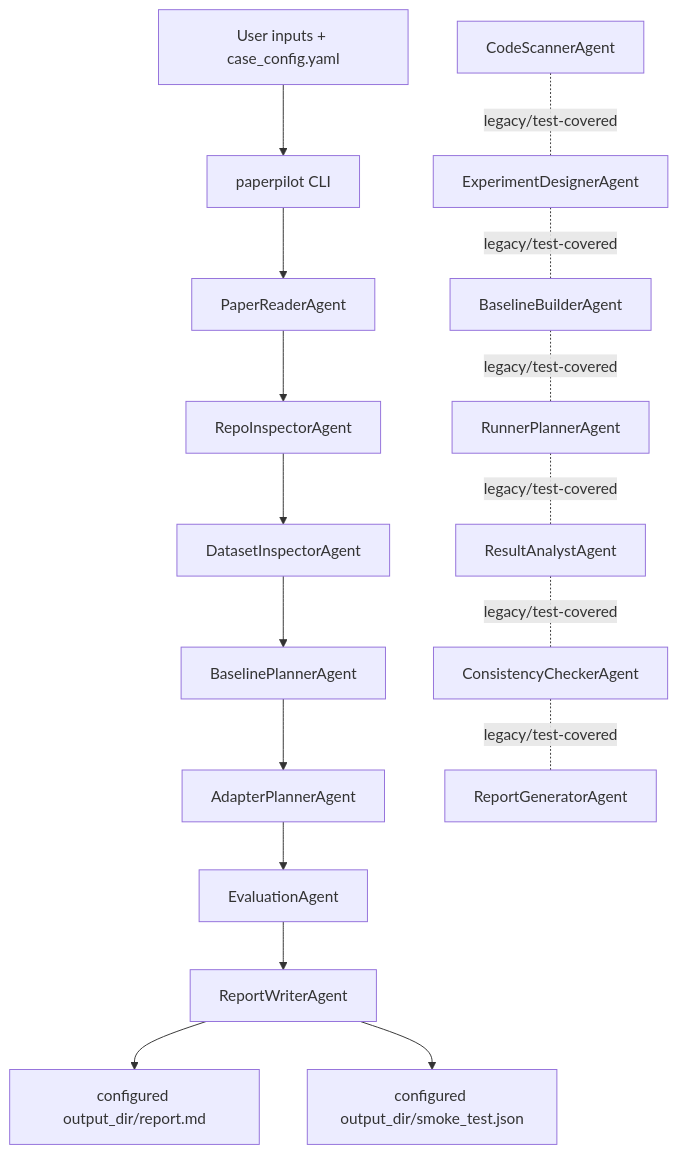
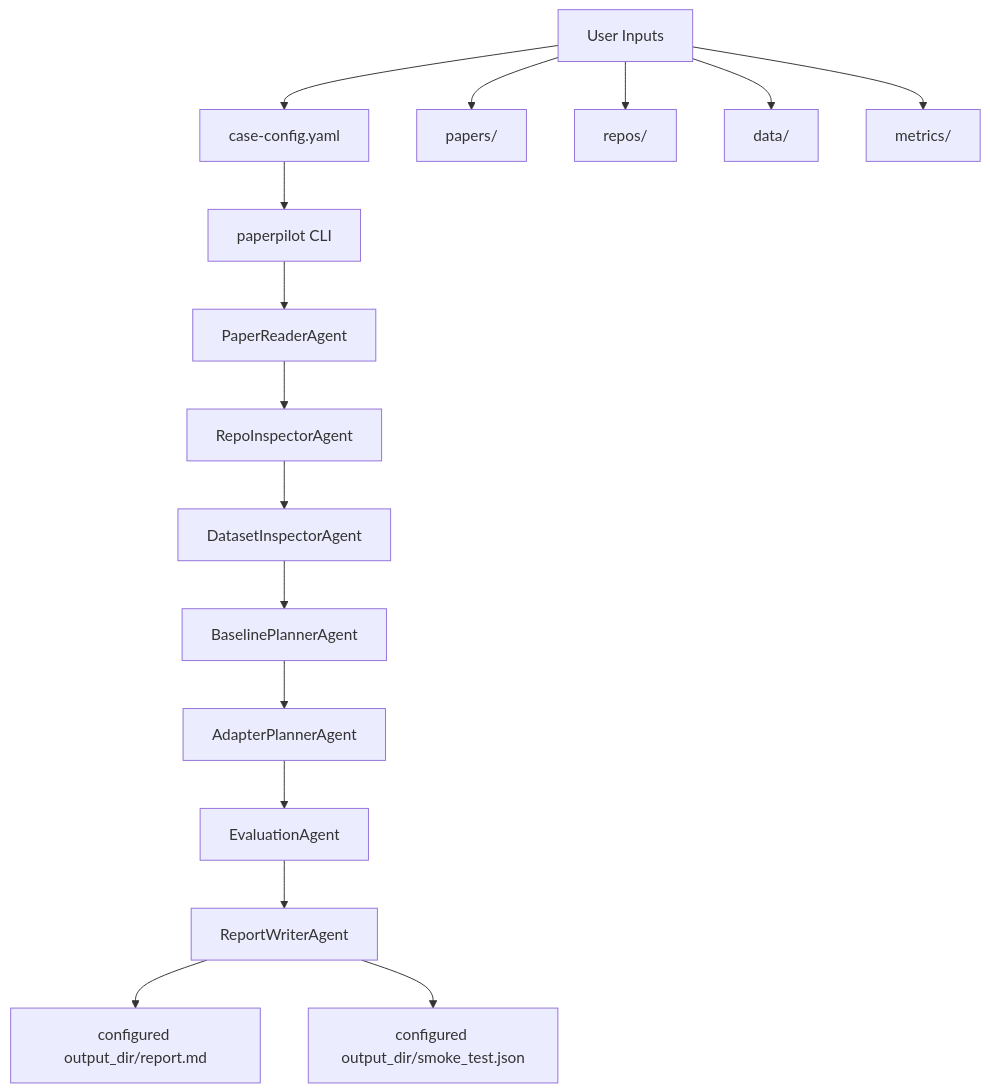
Before and after one commit to Dongxf0104/paperpilot-agent: the diagram in README.md, drawn with Mermaid. The commit also changed other lines of this file, not shown here.

Commit message:
docs: clarify default agent workflow

````diff
--- a/README.md
+++ b/README.md
@@ -23,28 +23,21 @@
 ```mermaid
 flowchart TD
-    U[User inputs + case_config.yaml] --> CLI[paperpilot CLI]
-    CLI --> PR[PaperReaderAgent]
-    PR --> RI[RepoInspectorAgent]
-    RI --> DI[DatasetInspectorAgent]
-    DI --> BP[BaselinePlannerAgent]
-    BP --> AP[AdapterPlannerAgent]
-    AP --> EV[EvaluationAgent]
-    EV --> RW[ReportWriterAgent]
-    RW --> REP[configured output_dir/report.md]
-    RW --> SMOKE[configured output_dir/smoke_test.json]
+    A[User Inputs] --> B[case-config.yaml]
+    A --> A1[papers/]
+    A --> A2[repos/]
+    A --> A3[data/]
+    A --> A4[metrics/]
 
-    CS[CodeScannerAgent]
-    ED[ExperimentDesignerAgent]
-    BB[BaselineBuilderAgent]
-    RP[RunnerPlannerAgent]
-    RA[ResultAnalystAgent]
-    CC[ConsistencyCheckerAgent]
-    RG[ReportGeneratorAgent]
+    B --> C[paperpilot CLI]
 
-    CS -. legacy/test-covered .- ED
-    ED -. legacy/test-covered .- BB
-    BB -. legacy/test-covered .- RP
-    RP -. legacy/test-covered .- RA
-    RA -. legacy/test-covered .- CC
-    CC -. legacy/test-covered .- RG
+    C --> D[PaperReaderAgent]
+    D --> E[RepoInspectorAgent]
+    E --> F[DatasetInspectorAgent]
+    F --> G[BaselinePlannerAgent]
+    G --> H[AdapterPlannerAgent]
+    H --> I[EvaluationAgent]
+    I --> J[ReportWriterAgent]
+
+    J --> K[configured output_dir/report.md]
+    J --> L[configured output_dir/smoke_test.json]
 ```
````
